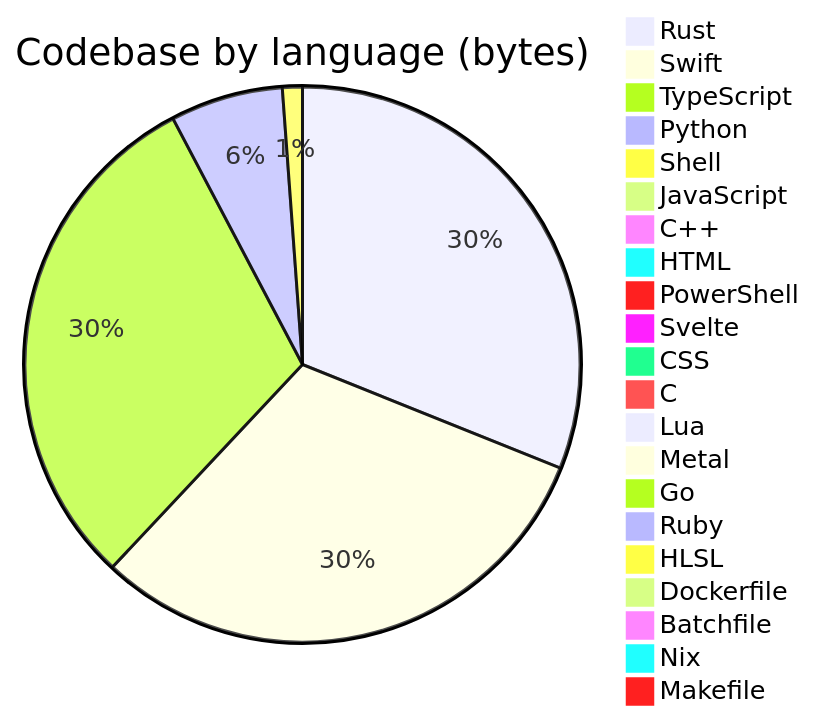
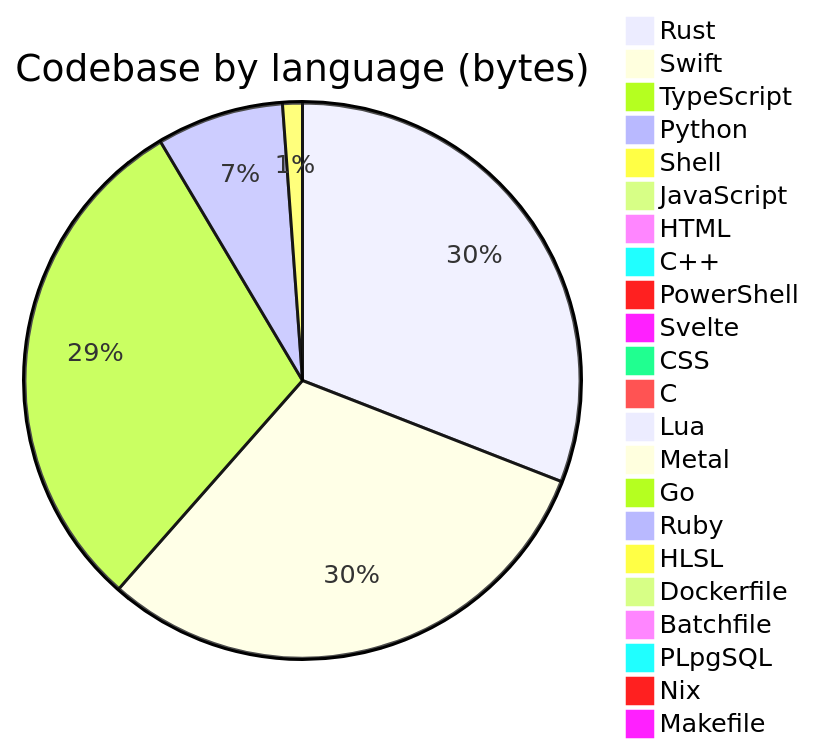
Before and after one commit to Open330/.github: the diagram in profile/README.md, drawn with Mermaid. The commit also changed other lines of this file and 1 other file, not shown here.

````diff
--- a/profile/README.md
+++ b/profile/README.md
@@ -139,24 +139,25 @@
 ```mermaid
 pie title Codebase by language (bytes)
-    "Rust" : 38413865
-    "Swift" : 38203038
+    "Rust" : 38640744
+    "Swift" : 38203411
     "TypeScript" : 37438786
-    "Python" : 8101083
-    "Shell" : 1435513
-    "JavaScript" : 683083
+    "Python" : 9227416
+    "Shell" : 1439390
+    "JavaScript" : 782408
+    "HTML" : 402511
     "C++" : 388775
-    "HTML" : 363989
     "PowerShell" : 333788
     "Svelte" : 275766
-    "CSS" : 270642
+    "CSS" : 271192
     "C" : 197825
     "Lua" : 48814
     "Metal" : 33192
     "Go" : 22811
     "Ruby" : 8992
     "HLSL" : 7527
     "Dockerfile" : 7454
     "Batchfile" : 5660
+    "PLpgSQL" : 4339
     "Nix" : 3168
     "Makefile" : 1692
 ```
````
